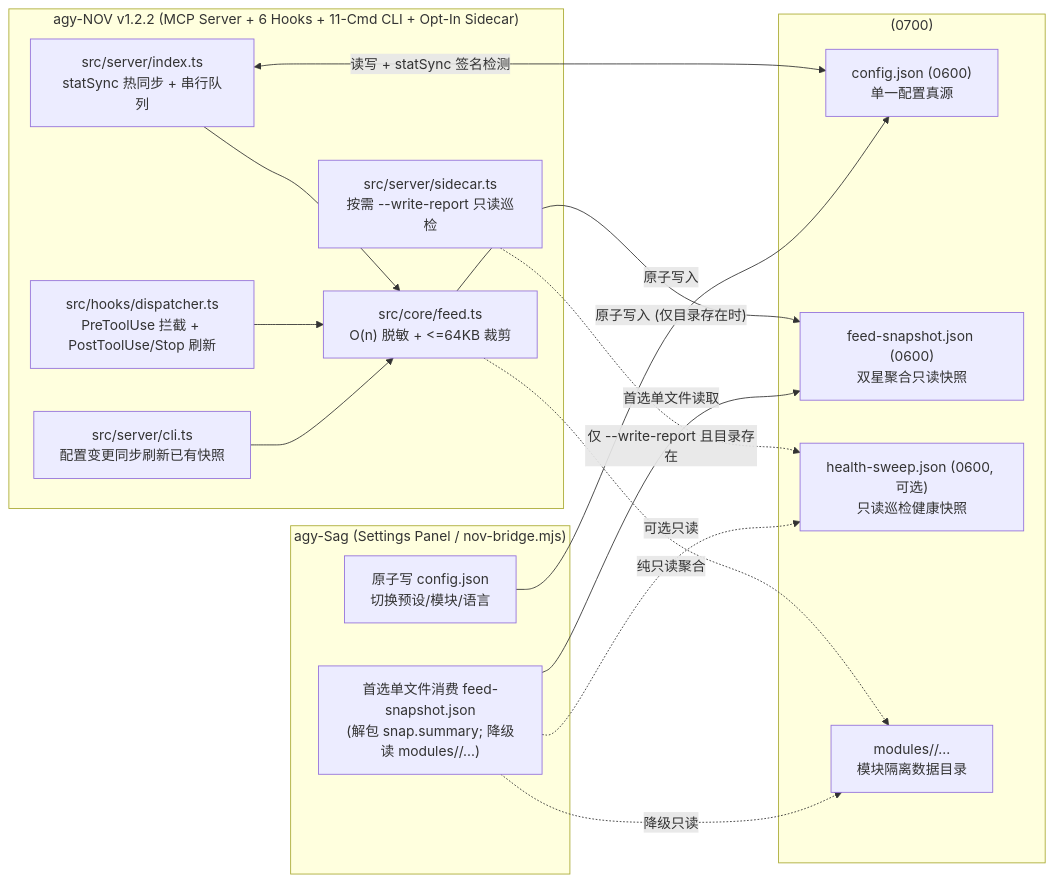
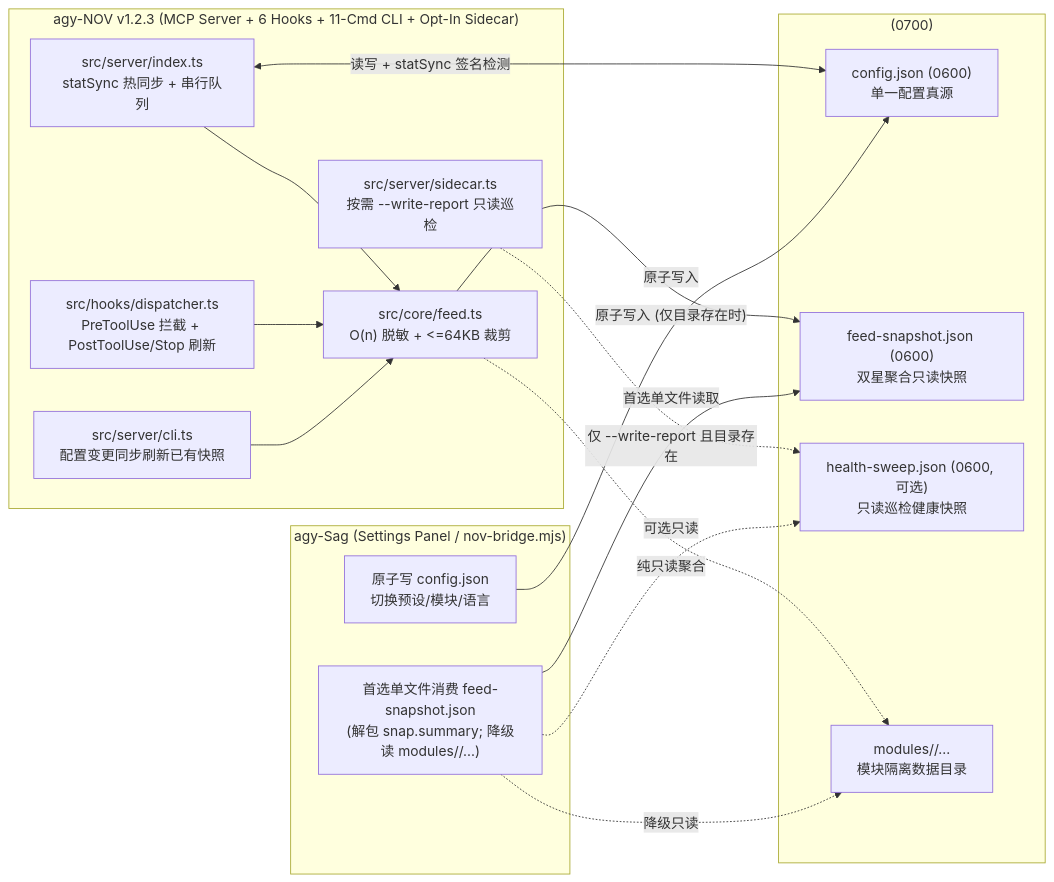
One commit to tone-leh/agy-NOV changed the diagram in docs/DUAL-STAR-CONTRACT.md. Above: the diagram before and after it, drawn with Mermaid. The commit also changed other lines of this file and 56 other files, not shown here.

````diff
--- a/docs/DUAL-STAR-CONTRACT.md
+++ b/docs/DUAL-STAR-CONTRACT.md
@@ -14,34 +14,34 @@
 ```mermaid
 flowchart LR
-  subgraph NOV["agy-NOV v1.2.2 (MCP Server + 6 Hooks + 11-Cmd CLI + Opt-In Sidecar)"]
+  subgraph NOV["agy-NOV v1.2.3 (MCP Server + 6 Hooks + 11-Cmd CLI + Opt-In Sidecar)"]
     S["src/server/index.ts\nstatSync 热同步 + 串行队列"]
     H["src/hooks/dispatcher.ts\nPreToolUse 拦截 + PostToolUse/Stop 刷新"]
     C["src/server/cli.ts\n配置变更同步刷新已有快照"]
     SC["src/server/sidecar.ts\n按需 --write-report 只读巡检"]
     F["src/core/feed.ts\nO(n) 脱敏 + <=64KB 裁剪"]
     S --> F
     H --> F
     C --> F
   end
 
   subgraph FS["<NOV_DATA_DIR> (0700)"]
     CFG["config.json (0600)\n单一配置真源"]
     FEED["feed-snapshot.json (0600)\n双星聚合只读快照"]
     SWEEP["health-sweep.json (0600, 可选)\n只读巡检健康快照"]
     MODS["modules/<moduleId>/...\n模块隔离数据目录"]
   end
 
   subgraph SAG["agy-Sag (Settings Panel / nov-bridge.mjs)"]
     CTRL["原子写 config.json\n切换预设/模块/语言"]
     READ["首选单文件消费 feed-snapshot.json\n(解包 snap.summary; 降级读 modules/<id>/...)"]
   end
 
   S <-->|"读写 + statSync 签名检测"| CFG
   F -->|"原子写入 (仅目录存在时)"| FEED
   SC -.->|"仅 --write-report 且目录存在"| SWEEP
   F -.->|"纯只读聚合"| MODS
   CTRL -->|"原子写入"| CFG
   READ -->|"首选单文件读取"| FEED
   READ -.->|"可选只读"| SWEEP
   READ -.->|"降级只读"| MODS
 ```
````
